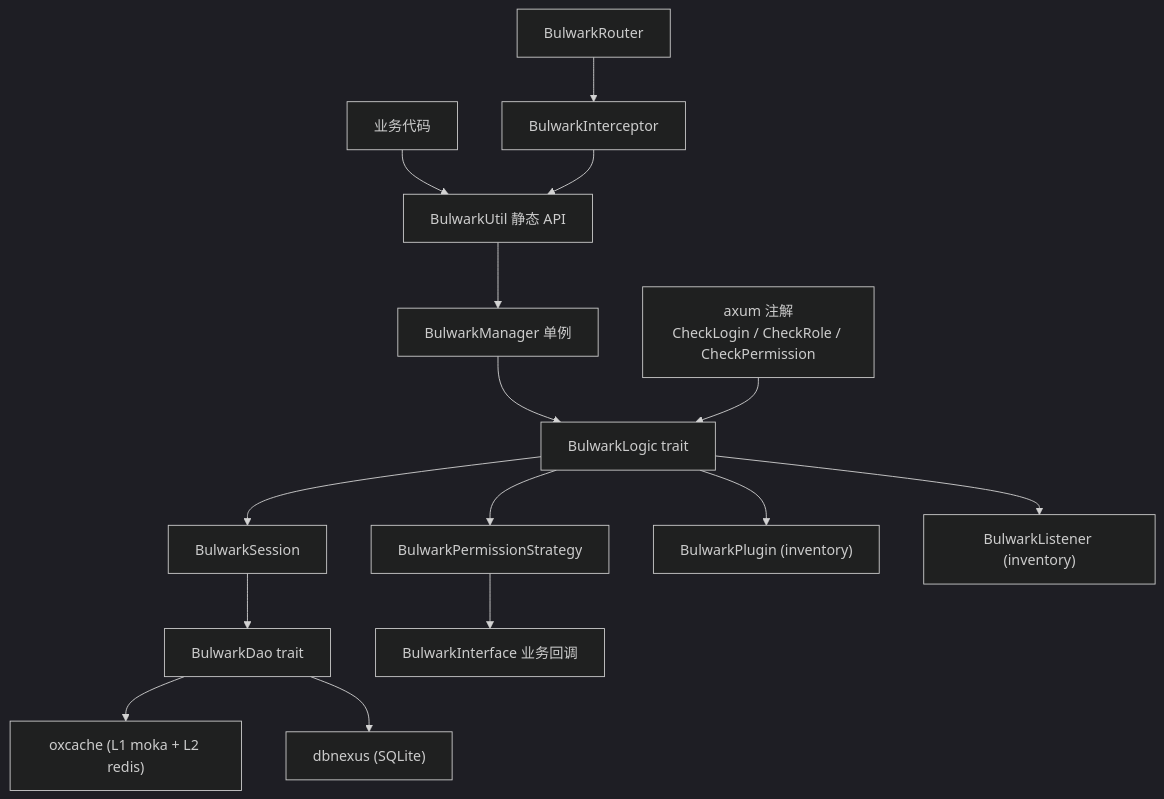
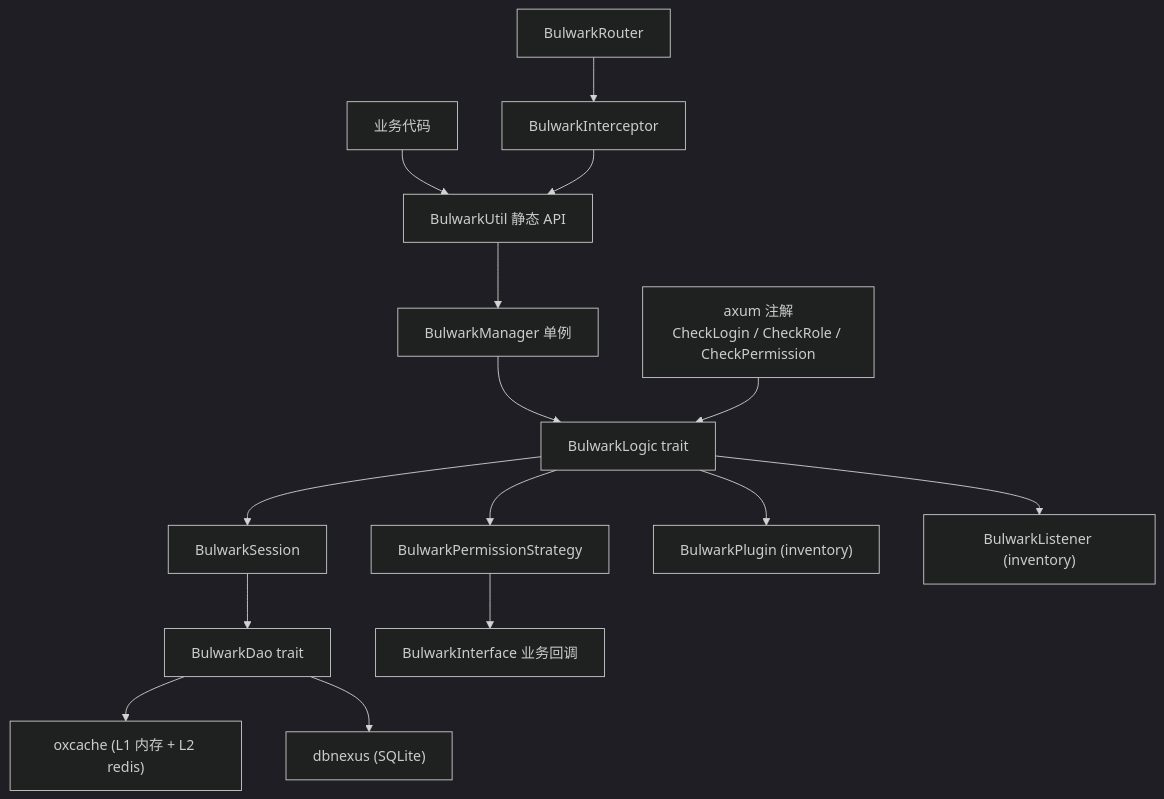
The diagram in README.md (Kirky-X/garrison), drawn with Mermaid (dark theme) before and after one commit. The commit also changed other lines of this file and 136 other files, not shown here.

````diff
--- a/README.md
+++ b/README.md
@@ -148,17 +148,17 @@
 ```mermaid
 graph TD
     User["业务代码"] --> Util["BulwarkUtil 静态 API"]
     Util --> Manager["BulwarkManager 单例"]
     Manager --> Logic["BulwarkLogic trait"]
     Logic --> Session["BulwarkSession"]
     Logic --> Strategy["BulwarkPermissionStrategy"]
     Session --> Dao["BulwarkDao trait"]
     Strategy --> Interface["BulwarkInterface 业务回调"]
-    Dao --> Oxcache["oxcache (L1 moka + L2 redis)"]
+    Dao --> Oxcache["oxcache (L1 内存 + L2 redis)"]
     Dao --> Dbnexus["dbnexus (SQLite)"]
     Logic --> Plugin["BulwarkPlugin (inventory)"]
     Logic --> Listener["BulwarkListener (inventory)"]
     Annotation["axum 注解<br/>CheckLogin / CheckRole / CheckPermission"] --> Logic
     Router["BulwarkRouter"] --> Interceptor["BulwarkInterceptor"]
     Interceptor --> Util
 ```
````
